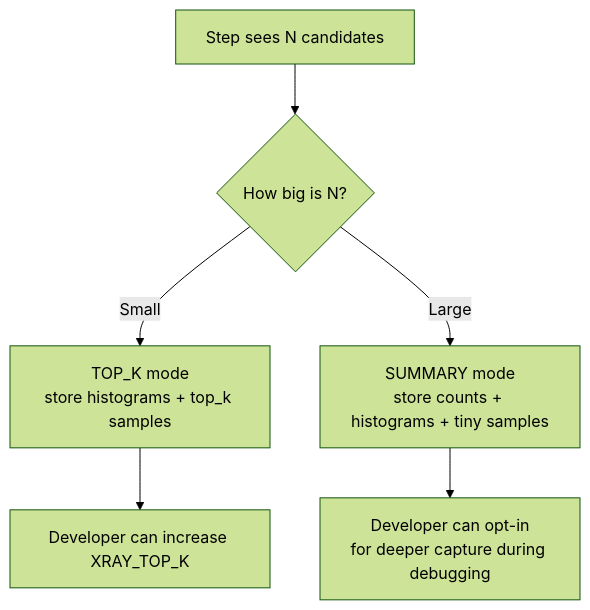
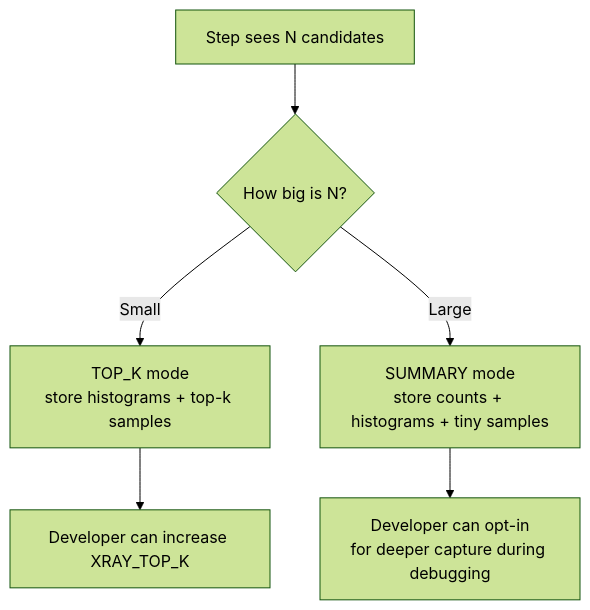
The fifth of 6 diagrams in ARCHITECTURE.md (DeepakSilaych/ZenRay), drawn with Mermaid (forest theme) before and after one commit. The commit also changed other lines of this file, not shown here.

Commit message:
Refactor architecture documentation for clarity and consistency; update diagram labels and data types for better understanding.

````diff
--- a/ARCHITECTURE.md
+++ b/ARCHITECTURE.md
@@ -221,8 +221,8 @@
 ```mermaid
 flowchart TD
-  A[Step sees N candidates] --> B{How big is N?}
-  B -->|Small| C[TOP_K mode\nstore histograms + top_k samples]
-  B -->|Large| D[SUMMARY mode\nstore counts + histograms + tiny samples]
-  C --> E[Developer can increase XRAY_TOP_K]
-  D --> F[Developer can opt-in\nfor deeper capture during debugging]
+  A["Step sees N candidates"] --> B{"How big is N?"}
+  B -->|Small| C["TOP_K mode\nstore histograms + top-k samples"]
+  B -->|Large| D["SUMMARY mode\nstore counts + histograms + tiny samples"]
+  C --> E["Developer can increase XRAY_TOP_K"]
+  D --> F["Developer can opt-in\nfor deeper capture during debugging"]
 ```
````
